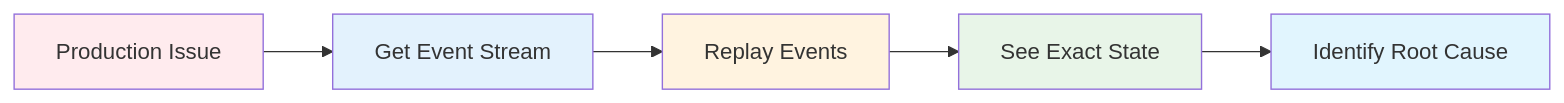
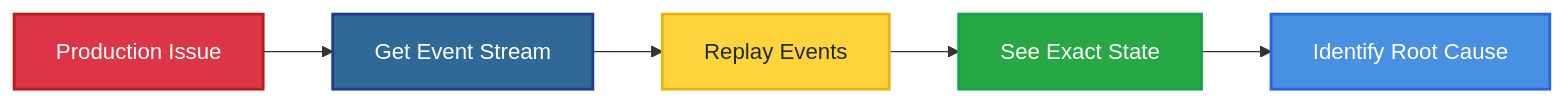
One commit to anmarkoulis/event-sourcing changed the diagram in docs/presentation/diagrams/source/debugging-superpowers.mmd. Above: the diagram before and after it, drawn with Mermaid. The commit also changed 3 other files, not shown here.

```diff
--- a/docs/presentation/diagrams/source/debugging-superpowers.mmd
+++ b/docs/presentation/diagrams/source/debugging-superpowers.mmd
@@ -1,11 +1,11 @@
 graph LR
     A[Production Issue] --> B[Get Event Stream]
     B --> C[Replay Events]
     C --> D[See Exact State]
     D --> E[Identify Root Cause]
 
-    style A fill:#ffebee
-    style B fill:#e3f2fd
-    style C fill:#fff3e0
-    style D fill:#e8f5e8
-    style E fill:#e1f5fe
+    style A fill:#DC3545,stroke:#b91c1c,stroke-width:2px,color:#ffffff
+    style B fill:#306998,stroke:#1e3a8a,stroke-width:2px,color:#ffffff
+    style C fill:#FFD43B,stroke:#eab308,stroke-width:2px,color:#1f2937
+    style D fill:#28A745,stroke:#16a34a,stroke-width:2px,color:#ffffff
+    style E fill:#4A90E2,stroke:#2563eb,stroke-width:2px,color:#ffffff
```
